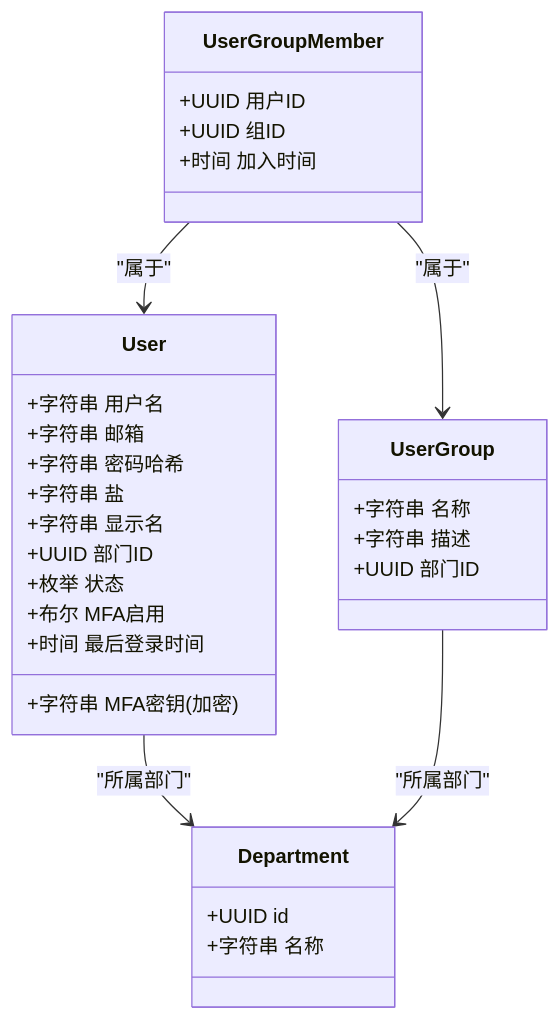
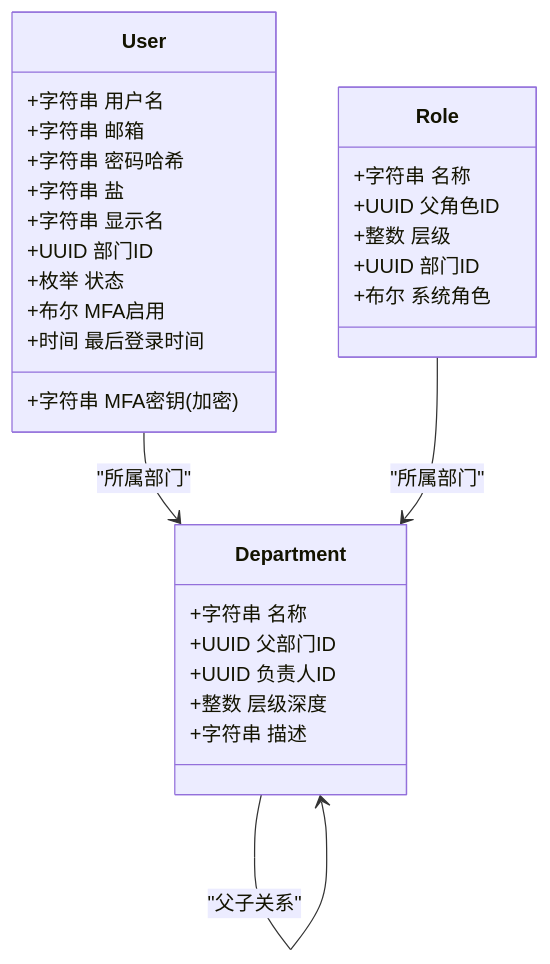
One commit to joezxh/CoPaw changed the third of 9 diagrams in .qoder/repowiki/zh/content/企业功能/用户管理.md. Above: the diagram before and after it, drawn with Mermaid. The commit also changed other lines of this file and 20 other files, not shown here.

````diff
--- a/.qoder/repowiki/zh/content/企业功能/用户管理.md
+++ b/.qoder/repowiki/zh/content/企业功能/用户管理.md
@@ -156,33 +188,32 @@
 ```mermaid
 classDiagram
 class User {
 +字符串 用户名
 +字符串 邮箱
 +字符串 密码哈希
 +字符串 盐
 +字符串 显示名
 +UUID 部门ID
 +枚举 状态
 +布尔 MFA启用
 +字符串 MFA密钥(加密)
 +时间 最后登录时间
 }
-class UserGroup {
+class Department {
 +字符串 名称
++UUID 父部门ID
++UUID 负责人ID
++整数 层级深度
 +字符串 描述
+}
+class Role {
++字符串 名称
++UUID 父角色ID
++整数 层级
 +UUID 部门ID
-}
-class UserGroupMember {
-+UUID 用户ID
-+UUID 组ID
-+时间 加入时间
-}
-class Department {
-+UUID id
-+字符串 名称
++布尔 系统角色
 }
 User --> Department : "所属部门"
-UserGroupMember --> User : "属于"
-UserGroupMember --> UserGroup : "属于"
-UserGroup --> Department : "所属部门"
+Department --> Department : "父子关系"
+Role --> Department : "所属部门"
 ```
````
